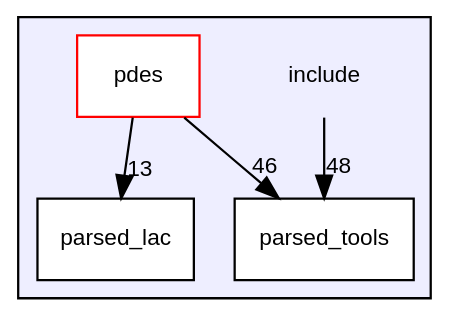
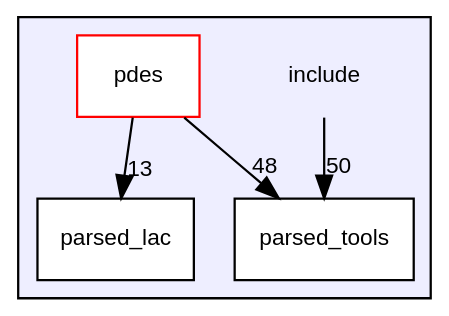
The diagram in dir_d44c64559bbebec7f509842c48db8b23_dep.dot (luca-heltai/fsi-suite), drawn with Graphviz before and after one commit. The commit also changed 758 other files, not shown here.

```diff
--- a/dir_d44c64559bbebec7f509842c48db8b23_dep.dot
+++ b/dir_d44c64559bbebec7f509842c48db8b23_dep.dot
@@ -1,16 +1,16 @@
 digraph "include" {
   bgcolor=transparent;
   compound=true
   node [ fontsize="10", fontname="Helvetica"];
   edge [ labelfontsize="10", labelfontname="Helvetica"];
   subgraph clusterdir_d44c64559bbebec7f509842c48db8b23 {
     graph [ bgcolor="#eeeeff", pencolor="black", label="" URL="dir_d44c64559bbebec7f509842c48db8b23.html"];
     dir_d44c64559bbebec7f509842c48db8b23 [shape=plaintext label="include"];
     dir_65593bf93f1e4428cc81baf4bb94349f [shape=box label="parsed_lac" color="black" fillcolor="white" style="filled" URL="dir_65593bf93f1e4428cc81baf4bb94349f.html"];
     dir_8e8448d9aef603b86753e7cb911804a9 [shape=box label="parsed_tools" color="black" fillcolor="white" style="filled" URL="dir_8e8448d9aef603b86753e7cb911804a9.html"];
     dir_60faf9a10d52b04582224b9116454383 [shape=box label="pdes" color="red" fillcolor="white" style="filled" URL="dir_60faf9a10d52b04582224b9116454383.html"];
   }
-  dir_60faf9a10d52b04582224b9116454383->dir_8e8448d9aef603b86753e7cb911804a9 [headlabel="46", labeldistance=1.5 headhref="dir_000005_000004.html"];
+  dir_60faf9a10d52b04582224b9116454383->dir_8e8448d9aef603b86753e7cb911804a9 [headlabel="48", labeldistance=1.5 headhref="dir_000005_000004.html"];
   dir_60faf9a10d52b04582224b9116454383->dir_65593bf93f1e4428cc81baf4bb94349f [headlabel="13", labeldistance=1.5 headhref="dir_000005_000003.html"];
-  dir_d44c64559bbebec7f509842c48db8b23->dir_8e8448d9aef603b86753e7cb911804a9 [headlabel="48", labeldistance=1.5 headhref="dir_000002_000004.html"];
+  dir_d44c64559bbebec7f509842c48db8b23->dir_8e8448d9aef603b86753e7cb911804a9 [headlabel="50", labeldistance=1.5 headhref="dir_000002_000004.html"];
 }
```
